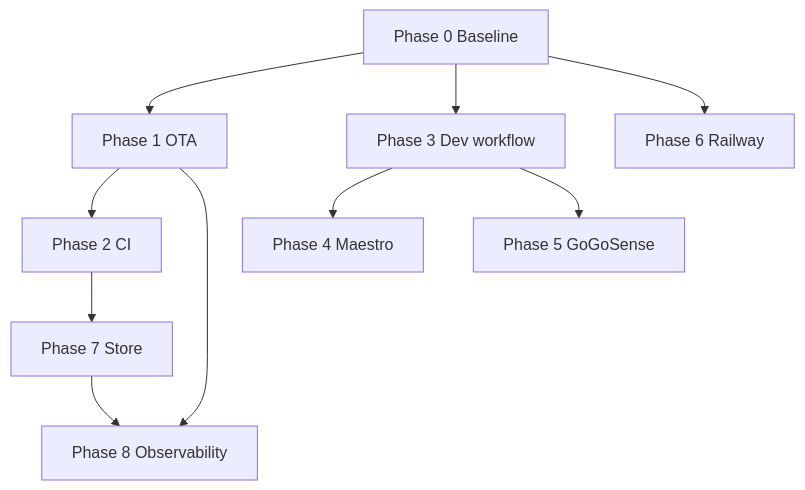
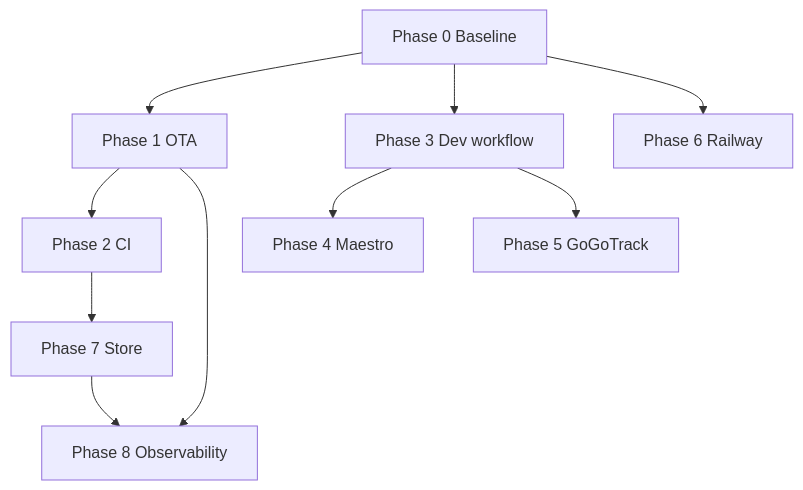
One commit to mygogocash/gogocash-monorepo changed the second of 2 diagrams in docs/mobile-expo-delegation-plan.md. Above: the diagram before and after it, drawn with Mermaid. The commit also changed other lines of this file and 204 other files, not shown here.

First line of the commit message:
Rename GoGoSense to GoGoTrack across API, mobile, and tooling.

````diff
--- a/docs/mobile-expo-delegation-plan.md
+++ b/docs/mobile-expo-delegation-plan.md
@@ -566,22 +566,22 @@
 ```mermaid
 flowchart TD
   P0[Phase 0 Baseline]
   P1[Phase 1 OTA]
   P2[Phase 2 CI]
   P3[Phase 3 Dev workflow]
   P4[Phase 4 Maestro]
-  P5[Phase 5 GoGoSense]
+  P5[Phase 5 GoGoTrack]
   P6[Phase 6 Railway]
   P7[Phase 7 Store]
   P8[Phase 8 Observability]
 
   P0 --> P1
   P0 --> P3
   P0 --> P6
   P1 --> P2
   P1 --> P8
   P3 --> P4
   P3 --> P5
   P2 --> P7
   P7 --> P8
 ```
````
